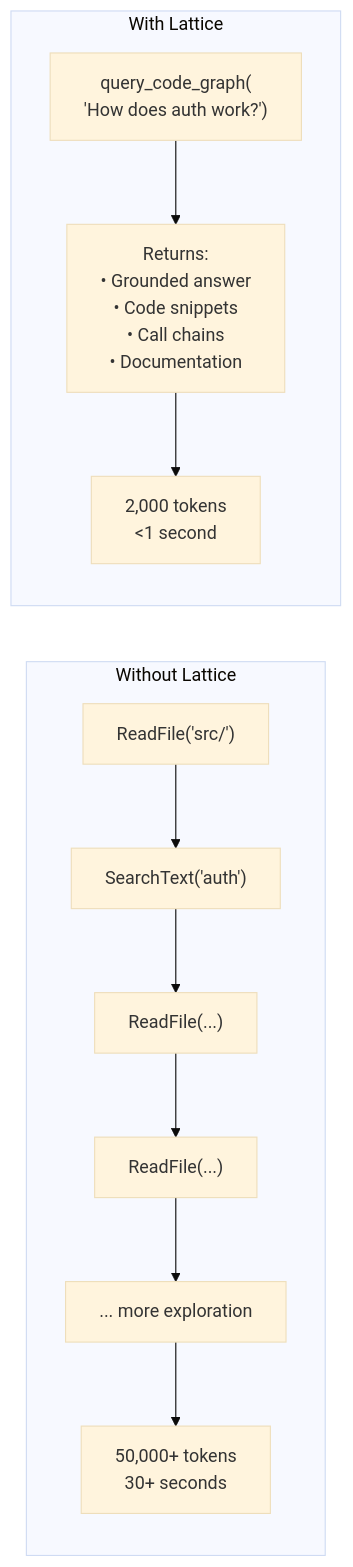
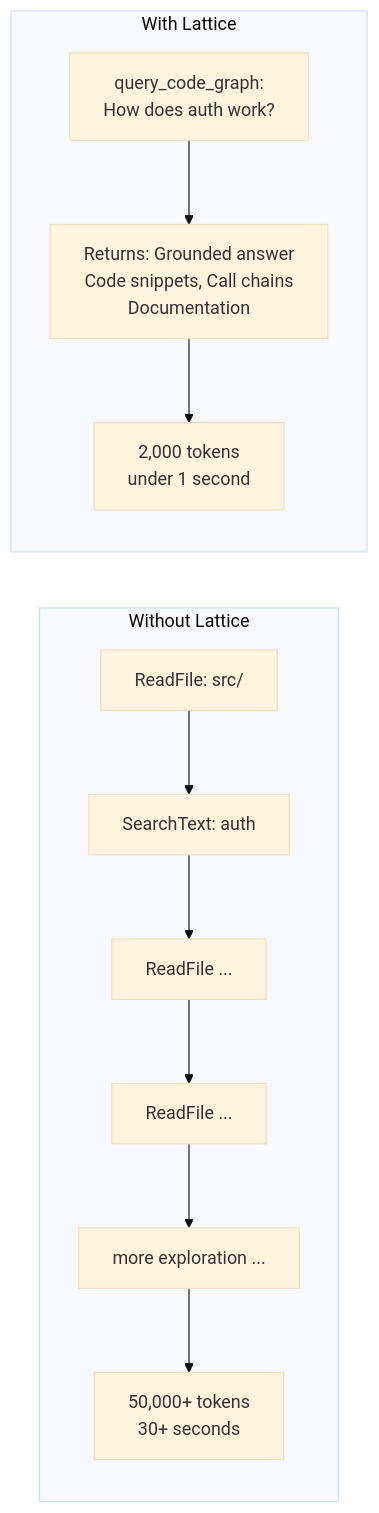
One commit to iAmLakshya/Lattice changed the fifth of 8 diagrams in README.md. Above: the diagram before and after it, drawn with Mermaid (base theme). The commit also changed other lines of this file, not shown here.

````diff
--- a/README.md
+++ b/README.md
@@ -546,21 +542,21 @@
 ```mermaid
 flowchart LR
     subgraph without["Without Lattice"]
         direction TB
-        w1["ReadFile('src/')"]
-        w2["SearchText('auth')"]
-        w3["ReadFile(...)"]
-        w4["ReadFile(...)"]
-        w5["... more exploration"]
-        w6["50,000+ tokens\n30+ seconds"]
+        w1["ReadFile: src/"]
+        w2["SearchText: auth"]
+        w3["ReadFile ..."]
+        w4["ReadFile ..."]
+        w5["more exploration ..."]
+        w6["50,000+ tokens<br>30+ seconds"]
         w1 --> w2 --> w3 --> w4 --> w5 --> w6
     end
 
     subgraph with["With Lattice"]
         direction TB
-        l1["query_code_graph(\n'How does auth work?')"]
-        l2["Returns:\n• Grounded answer\n• Code snippets\n• Call chains\n• Documentation"]
-        l3["2,000 tokens\n<1 second"]
+        l1["query_code_graph:<br>How does auth work?"]
+        l2["Returns: Grounded answer<br>Code snippets, Call chains<br>Documentation"]
+        l3["2,000 tokens<br>under 1 second"]
         l1 --> l2 --> l3
     end
 ```
````
